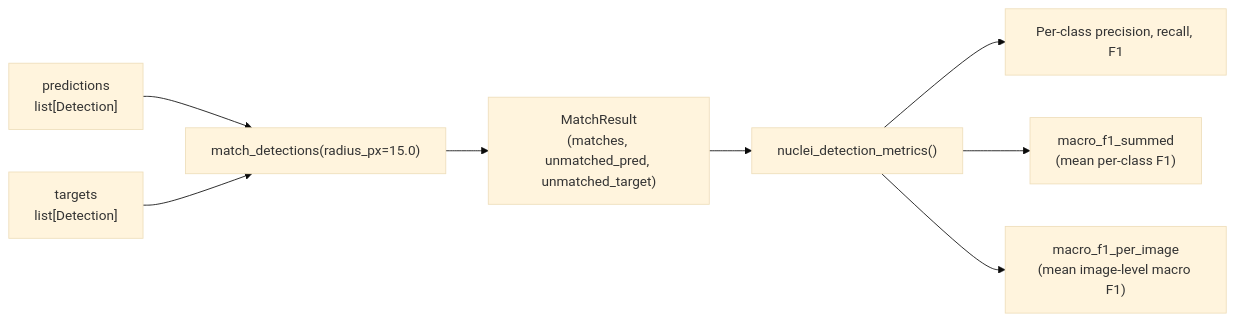
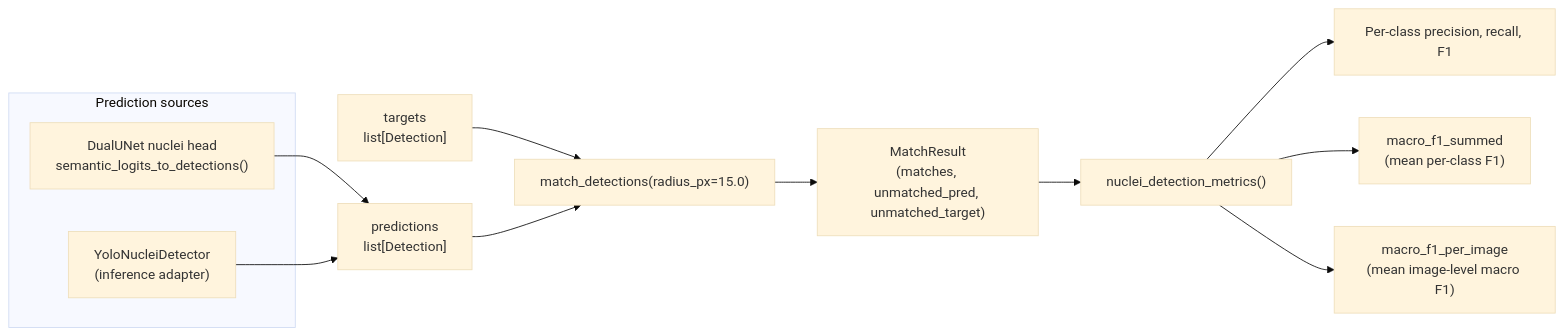
The sixth of 6 diagrams in docs/architecture.md (hoangtung386/Prometheus), drawn with Mermaid (base theme) before and after one commit. The commit also changed other lines of this file, not shown here.

First line of the commit message:
add YOLO to architecture diagrams

````diff
--- a/docs/architecture.md
+++ b/docs/architecture.md
@@ -167,12 +195,20 @@
 ```mermaid
 graph LR
-    Pred["predictions<br/>list[Detection]"] --> Match["match_detections(radius_px=15.0)"]
-    Target["targets<br/>list[Detection]"] --> Match
+    subgraph Models["Prediction sources"]
+        DL["DualUNet nuclei head<br/>semantic_logits_to_detections()"]
+        YOLO["YoloNucleiDetector<br/>(inference adapter)"]
+    end
+
+    DL --> Pred["predictions<br/>list[Detection]"]
+    YOLO --> Pred
+
+    Target["targets<br/>list[Detection]"] --> Match["match_detections(radius_px=15.0)"]
+    Pred --> Match
 
     Match --> Result["MatchResult<br/>(matches, unmatched_pred, unmatched_target)"]
     Result --> Metrics["nuclei_detection_metrics()"]
 
     Metrics --> F1["Per-class precision, recall, F1"]
     Metrics --> F1sum["macro_f1_summed<br/>(mean per-class F1)"]
     Metrics --> F1img["macro_f1_per_image<br/>(mean image-level macro F1)"]
 ```
````
